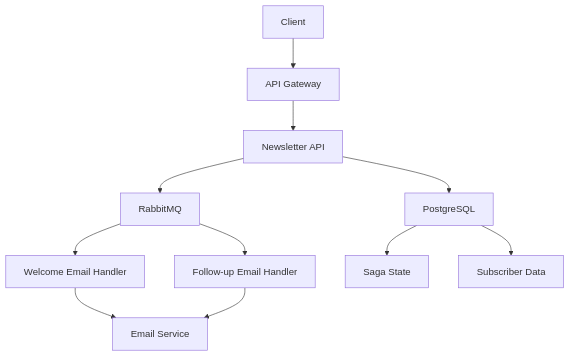
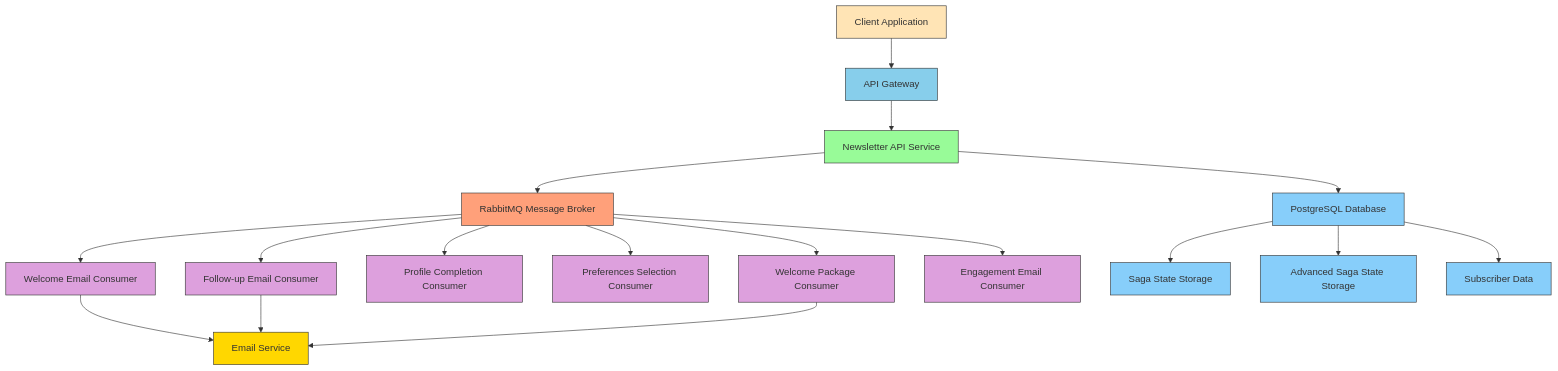
One commit to MrEshboboyev/newsletter changed the diagram in README.md. Above: the diagram before and after it, drawn with Mermaid. The commit also changed other lines of this file and 14 other files, not shown here.

````diff
--- a/README.md
+++ b/README.md
@@ -262,13 +394,35 @@
 ```mermaid
 graph TB
-    A[Client] --> B[API Gateway]
-    B --> C[Newsletter API]
-    C --> D[RabbitMQ]
-    D --> E[Welcome Email Handler]
-    D --> F[Follow-up Email Handler]
-    E --> G[Email Service]
-    F --> G
-    C --> H[PostgreSQL]
-    H --> I[Saga State]
-    H --> J[Subscriber Data]
+    A[Client Application] --> B[API Gateway]
+    B --> C[Newsletter API Service]
+    C --> D[RabbitMQ Message Broker]
+    D --> E[Welcome Email Consumer]
+    D --> F[Follow-up Email Consumer]
+    D --> G[Profile Completion Consumer]
+    D --> H[Preferences Selection Consumer]
+    D --> I[Welcome Package Consumer]
+    D --> J[Engagement Email Consumer]
+    E --> K[Email Service]
+    F --> K
+    I --> K
+    C --> L[PostgreSQL Database]
+    L --> M[Saga State Storage]
+    L --> N[Advanced Saga State Storage]
+    L --> O[Subscriber Data]
+    
+    style A fill:#FFE4B5,stroke:#333
+    style B fill:#87CEEB,stroke:#333
+    style C fill:#98FB98,stroke:#333
+    style D fill:#FFA07A,stroke:#333
+    style E fill:#DDA0DD,stroke:#333
+    style F fill:#DDA0DD,stroke:#333
+    style G fill:#DDA0DD,stroke:#333
+    style H fill:#DDA0DD,stroke:#333
+    style I fill:#DDA0DD,stroke:#333
+    style J fill:#DDA0DD,stroke:#333
+    style K fill:#FFD700,stroke:#333
+    style L fill:#87CEFA,stroke:#333
+    style M fill:#87CEFA,stroke:#333
+    style N fill:#87CEFA,stroke:#333
+    style O fill:#87CEFA,stroke:#333
 ```
````
